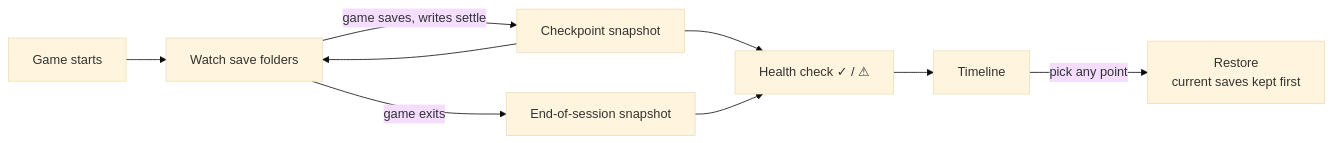
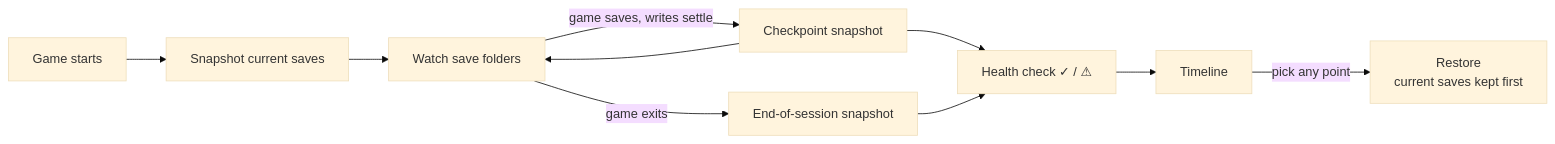
One commit to Rayan-Mansoor/Auto-Game-Save-Backup changed the diagram in README.md. Above: the diagram before and after it, drawn with Mermaid (base theme). The commit also changed other lines of this file and 8 other files, not shown here.

Commit message:
Snapshot a game's saves when a session starts so the state before playing is kept.

````diff
--- a/README.md
+++ b/README.md
@@ -60,10 +61,10 @@
 ```mermaid
 flowchart LR
-    A[Game starts] --> B[Watch save folders]
+    A[Game starts] --> S[Snapshot current saves] --> B[Watch save folders]
     B -->|game saves, writes settle| C[Checkpoint snapshot]
     C --> B
     B -->|game exits| D[End-of-session snapshot]
     C & D --> E[Health check ✓ / ⚠]
     E --> F[Timeline]
     F -->|pick any point| G[Restore<br/>current saves kept first]
 ```
````
